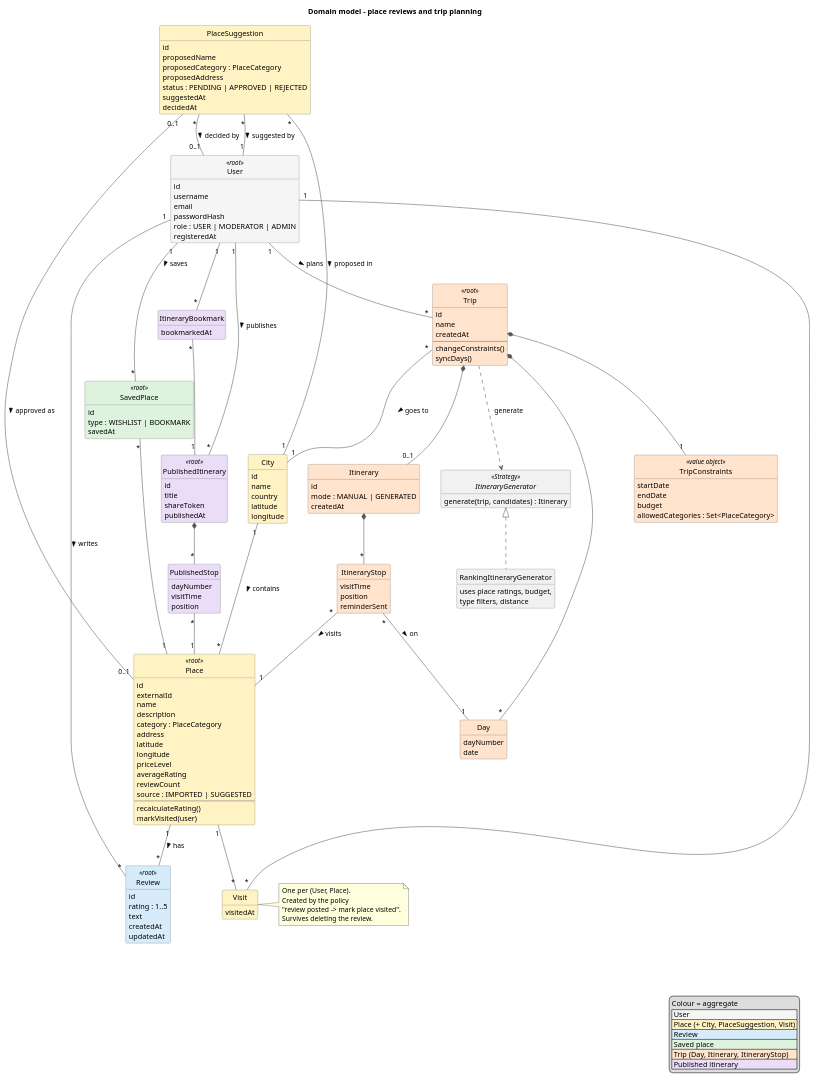
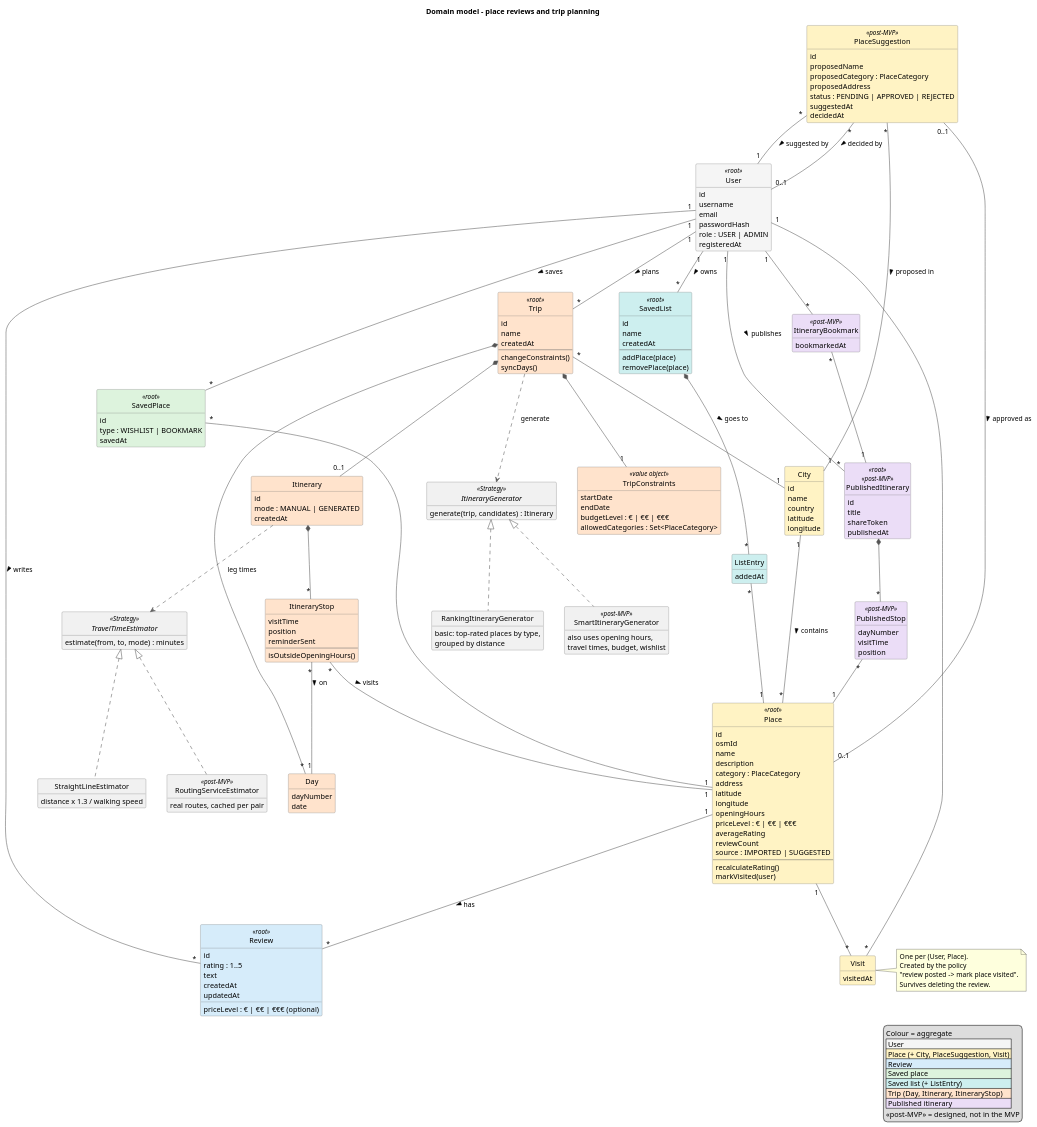
The diagram in docs/design/domain-model.puml (MESW-LES-2627/les-project-group-7), drawn with PlantUML before and after one commit. The commit also changed 5 other files, not shown here.

```diff
--- a/docs/design/domain-model.puml
+++ b/docs/design/domain-model.puml
@@ -15,8 +15,10 @@
   |<#FFF3C4> Place (+ City, PlaceSuggestion, Visit) |
   |<#D6ECFA> Review |
   |<#DDF3DD> Saved place |
+  |<#CDEFEF> Saved list (+ ListEntry) |
   |<#FFE3CC> Trip (Day, Itinerary, ItineraryStop) |
   |<#EBDDF7> Published itinerary |
+  <<post-MVP>> = designed, not in the MVP
 endlegend
 
 class User <<root>> #F5F5F5 {
@@ -24,7 +26,7 @@
   username
   email
   passwordHash
-  role : USER | MODERATOR | ADMIN
+  role : USER | ADMIN
   registeredAt
 }
 
@@ -38,14 +40,15 @@
 
 class Place <<root>> #FFF3C4 {
   id
-  externalId
+  osmId
   name
   description
   category : PlaceCategory
   address
   latitude
   longitude
-  priceLevel
+  openingHours
+  priceLevel : € | €€ | €€€
   averageRating
   reviewCount
   source : IMPORTED | SUGGESTED
@@ -54,7 +57,7 @@
   markVisited(user)
 }
 
-class PlaceSuggestion #FFF3C4 {
+class PlaceSuggestion <<post-MVP>> #FFF3C4 {
   id
   proposedName
   proposedCategory : PlaceCategory
@@ -67,6 +70,7 @@
 class Review <<root>> #D6ECFA {
   id
   rating : 1..5
+  priceLevel : € | €€ | €€€ (optional)
   text
   createdAt
   updatedAt
@@ -88,6 +92,19 @@
   savedAt
 }
 
+class SavedList <<root>> #CDEFEF {
+  id
+  name
+  createdAt
+  --
+  addPlace(place)
+  removePlace(place)
+}
+
+class ListEntry #CDEFEF {
+  addedAt
+}
+
 class Trip <<root>> #FFE3CC {
   id
   name
@@ -100,7 +117,7 @@
 class TripConstraints <<value object>> #FFE3CC {
   startDate
   endDate
-  budget
+  budgetLevel : € | €€ | €€€
   allowedCategories : Set<PlaceCategory>
 }
 
@@ -119,22 +136,24 @@
   visitTime
   position
   reminderSent
+  --
+  isOutsideOpeningHours()
 }
 
-class PublishedItinerary <<root>> #EBDDF7 {
+class PublishedItinerary <<root>> <<post-MVP>> #EBDDF7 {
   id
   title
   shareToken
   publishedAt
 }
 
-class PublishedStop #EBDDF7 {
+class PublishedStop <<post-MVP>> #EBDDF7 {
   dayNumber
   visitTime
   position
 }
 
-class ItineraryBookmark #EBDDF7 {
+class ItineraryBookmark <<post-MVP>> #EBDDF7 {
   bookmarkedAt
 }
 
@@ -142,8 +161,22 @@
   generate(trip, candidates) : Itinerary
 }
 class RankingItineraryGenerator {
-  uses place ratings, budget,
-  type filters, distance
+  basic: top-rated places by type,
+  grouped by distance
+}
+class SmartItineraryGenerator <<post-MVP>> {
+  also uses opening hours,
+  travel times, budget, wishlist
+}
+
+interface TravelTimeEstimator <<Strategy>> {
+  estimate(from, to, mode) : minutes
+}
+class StraightLineEstimator {
+  distance x 1.3 / walking speed
+}
+class RoutingServiceEstimator <<post-MVP>> {
+  real routes, cached per pair
 }
 
 ' --- User / Place / Review ---
@@ -157,9 +190,12 @@
 PlaceSuggestion "*" -- "1" City : proposed in >
 PlaceSuggestion "0..1" -- "0..1" Place : approved as >
 
-' --- Saved place ---
+' --- Saved place and lists ---
 User "1" -- "*" SavedPlace : saves >
 SavedPlace "*" -- "1" Place
+User "1" -- "*" SavedList : owns >
+SavedList *-- "*" ListEntry
+ListEntry "*" -- "1" Place
 
 ' --- Trip ---
 User "1" -- "*" Trip : plans >
@@ -178,7 +214,11 @@
 User "1" -- "*" ItineraryBookmark
 ItineraryBookmark "*" -- "1" PublishedItinerary
 
-' --- Generator (Strategy) ---
+' --- Strategies ---
 ItineraryGenerator <|.. RankingItineraryGenerator
+ItineraryGenerator <|.. SmartItineraryGenerator
 Trip ..> ItineraryGenerator : generate
+TravelTimeEstimator <|.. StraightLineEstimator
+TravelTimeEstimator <|.. RoutingServiceEstimator
+Itinerary ..> TravelTimeEstimator : leg times
 @enduml
```
